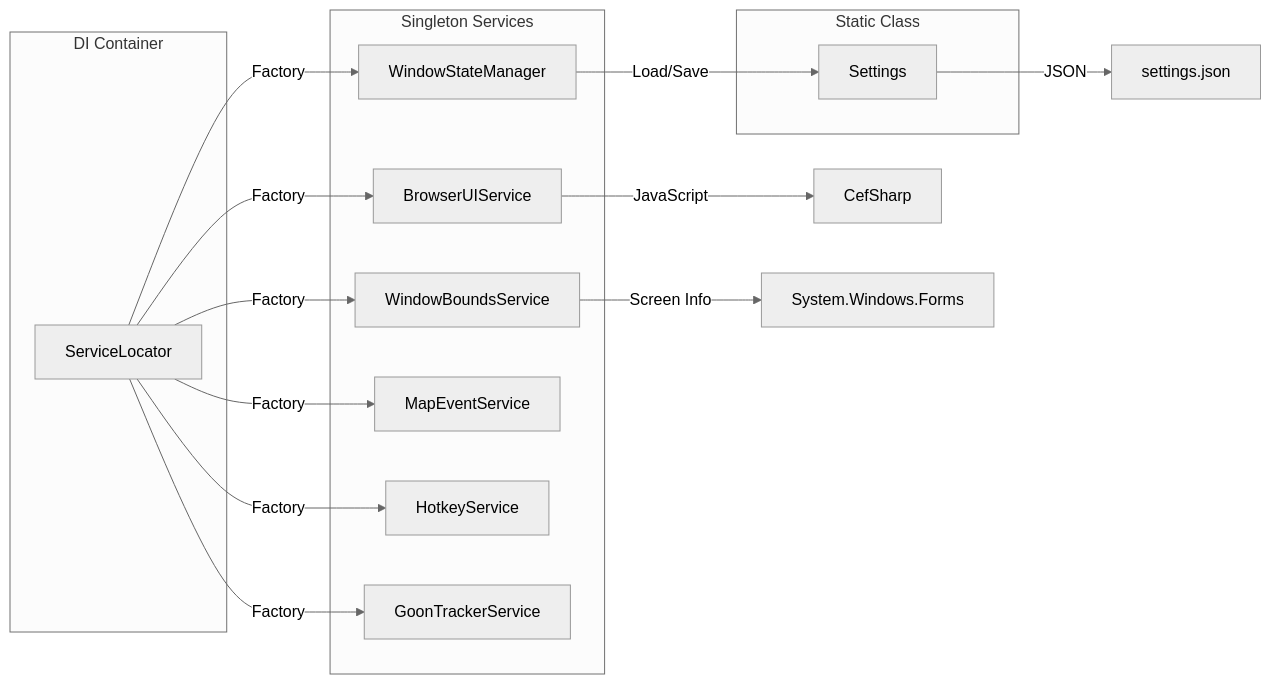
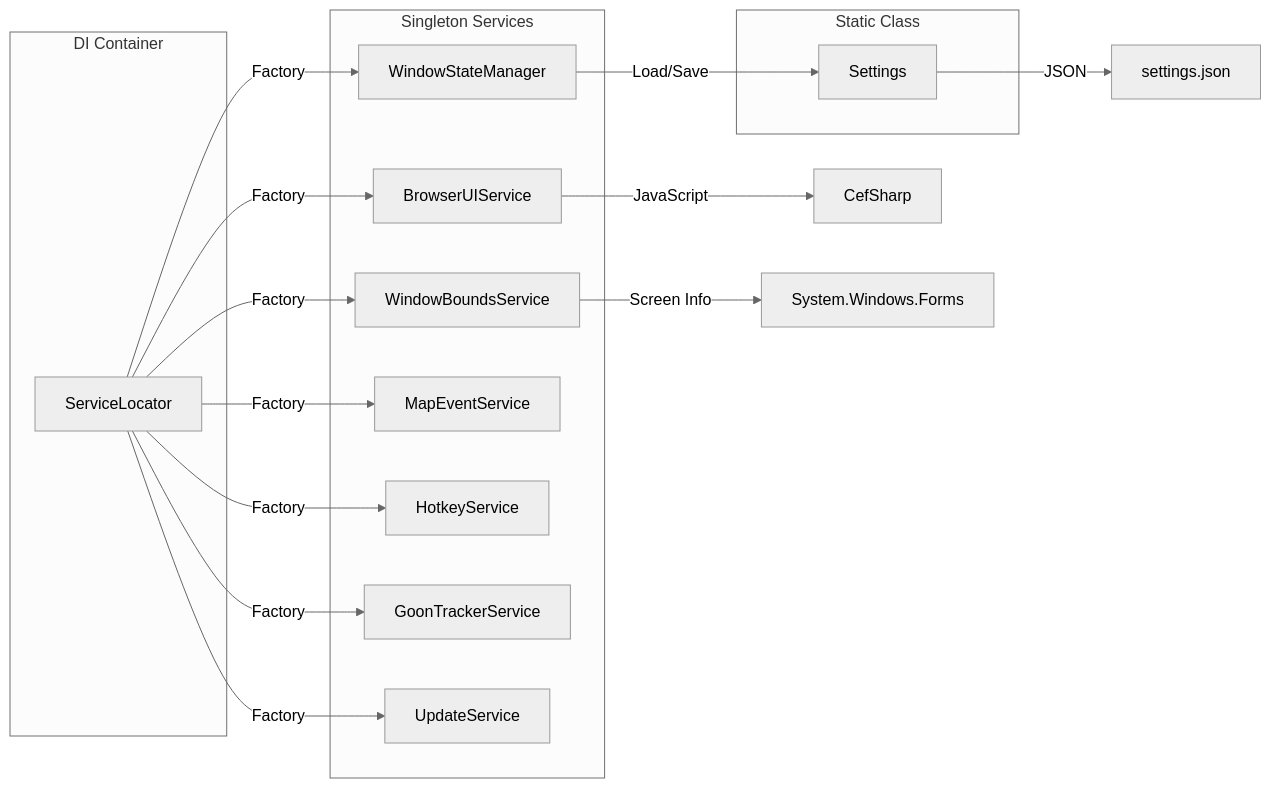
The sixth of 8 diagrams in PROJECT.md (siakun/TanukiTarkovMap), drawn with Mermaid (neutral theme) before and after one commit. The commit also changed other lines of this file and 6 other files, not shown here.

````diff
--- a/PROJECT.md
+++ b/PROJECT.md
@@ -212,31 +214,33 @@
 ```mermaid
 graph LR
     subgraph DI["DI Container"]
         SL[ServiceLocator]
     end
 
     subgraph Services["Singleton Services"]
         BUI[BrowserUIService]
         WBS[WindowBoundsService]
         WSM[WindowStateManager]
         MES[MapEventService]
         HKS[HotkeyService]
         GTS[GoonTrackerService]
+        UPS[UpdateService]
     end
 
     subgraph Static["Static Class"]
         SET[Settings]
     end
 
     SL -->|Factory| BUI
     SL -->|Factory| WBS
     SL -->|Factory| WSM
     SL -->|Factory| MES
     SL -->|Factory| HKS
     SL -->|Factory| GTS
+    SL -->|Factory| UPS
 
     WSM -->|Load/Save| SET
     SET -->|JSON| FILE[settings.json]
     BUI -->|JavaScript| CEF[CefSharp]
     WBS -->|Screen Info| WIN[System.Windows.Forms]
 ```
````
